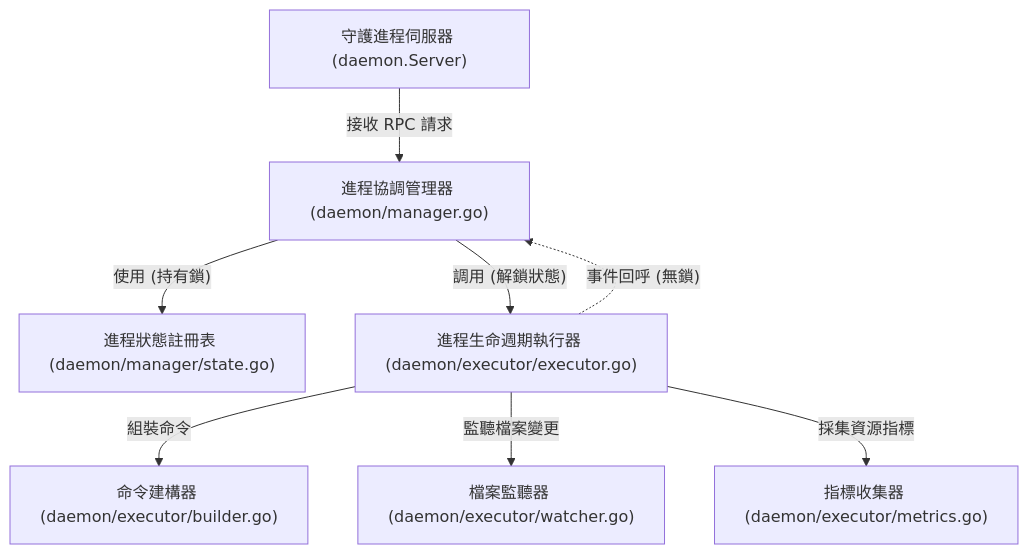
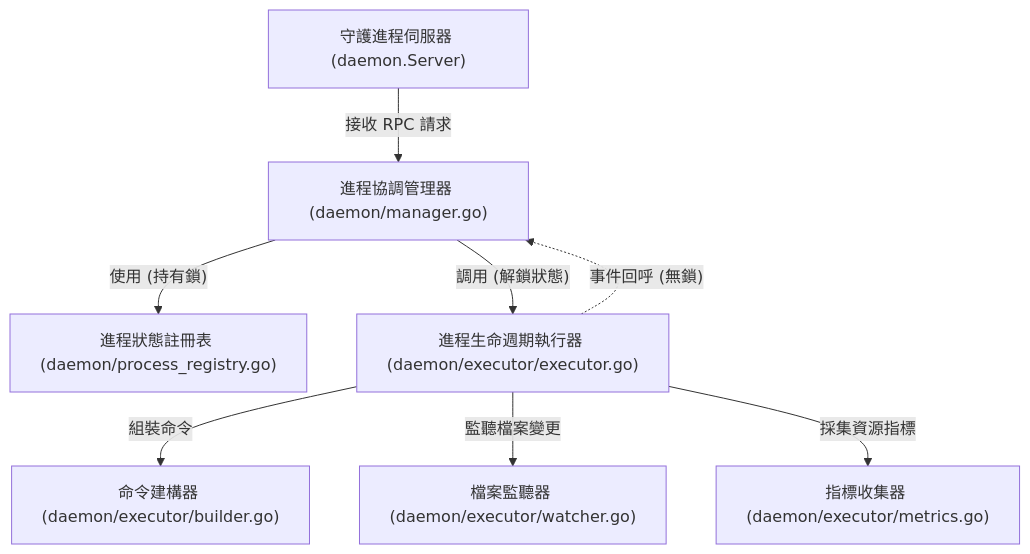
Before and after one commit to BizShuk/pm2: the diagram in plans/architecture-extract-executor.md, drawn with Mermaid. The commit also changed 15 other files, not shown here.

Commit message:
refactor: extract process management logic into a new ProcessRegistry component to improve state isolation and locking granularity

````diff
--- a/plans/architecture-extract-executor.md
+++ b/plans/architecture-extract-executor.md
@@ -54,10 +54,10 @@
 ```mermaid
 flowchart TD
     Server["守護進程伺服器 (daemon.Server)"] -->|"接收 RPC 請求"| Manager["進程協調管理器 (daemon/manager.go)"]
-    Manager -->|"使用 (持有鎖)"| Registry["進程狀態註冊表 (daemon/manager/state.go)"]
+    Manager -->|"使用 (持有鎖)"| Registry["進程狀態註冊表 (daemon/process_registry.go)"]
     Manager -->|"調用 (解鎖狀態)"| Executor["進程生命週期執行器 (daemon/executor/executor.go)"]
     Executor -->|"組裝命令"| Builder["命令建構器 (daemon/executor/builder.go)"]
     Executor -->|"監聽檔案變更"| Watcher["檔案監聽器 (daemon/executor/watcher.go)"]
     Executor -->|"採集資源指標"| Metrics["指標收集器 (daemon/executor/metrics.go)"]
     Executor -.->|"事件回呼 (無鎖)"| Manager
 ```
````
